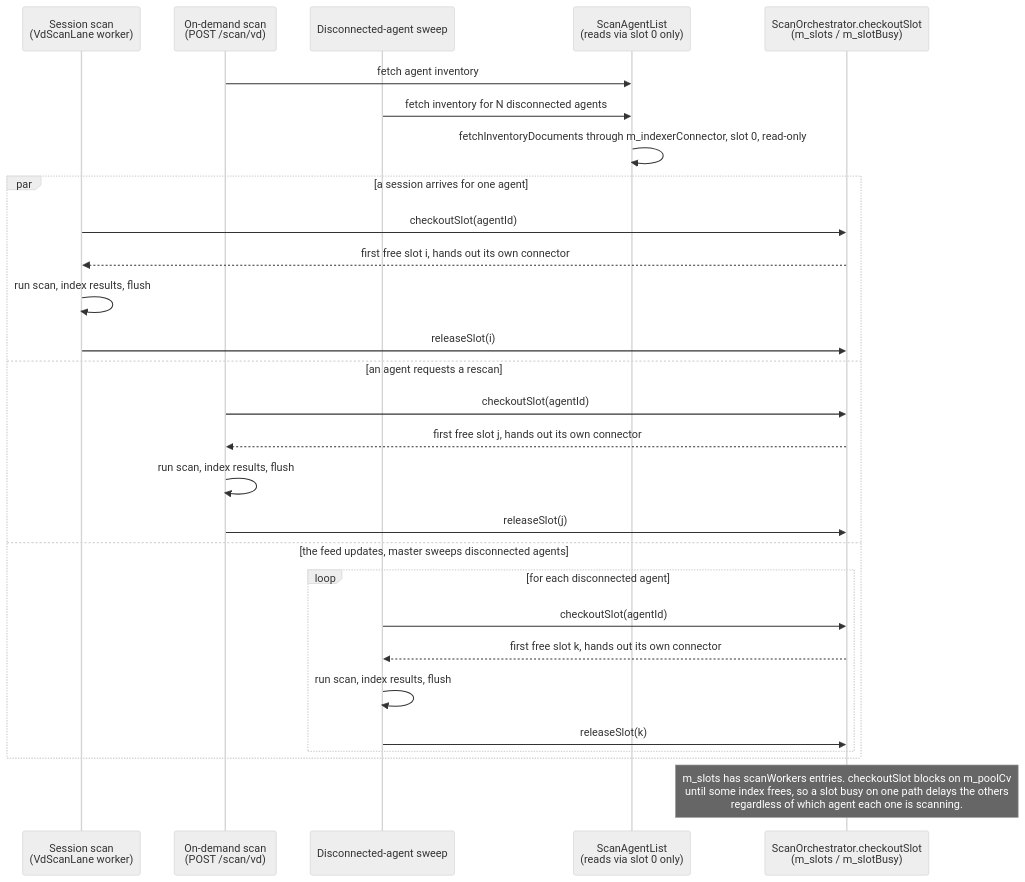
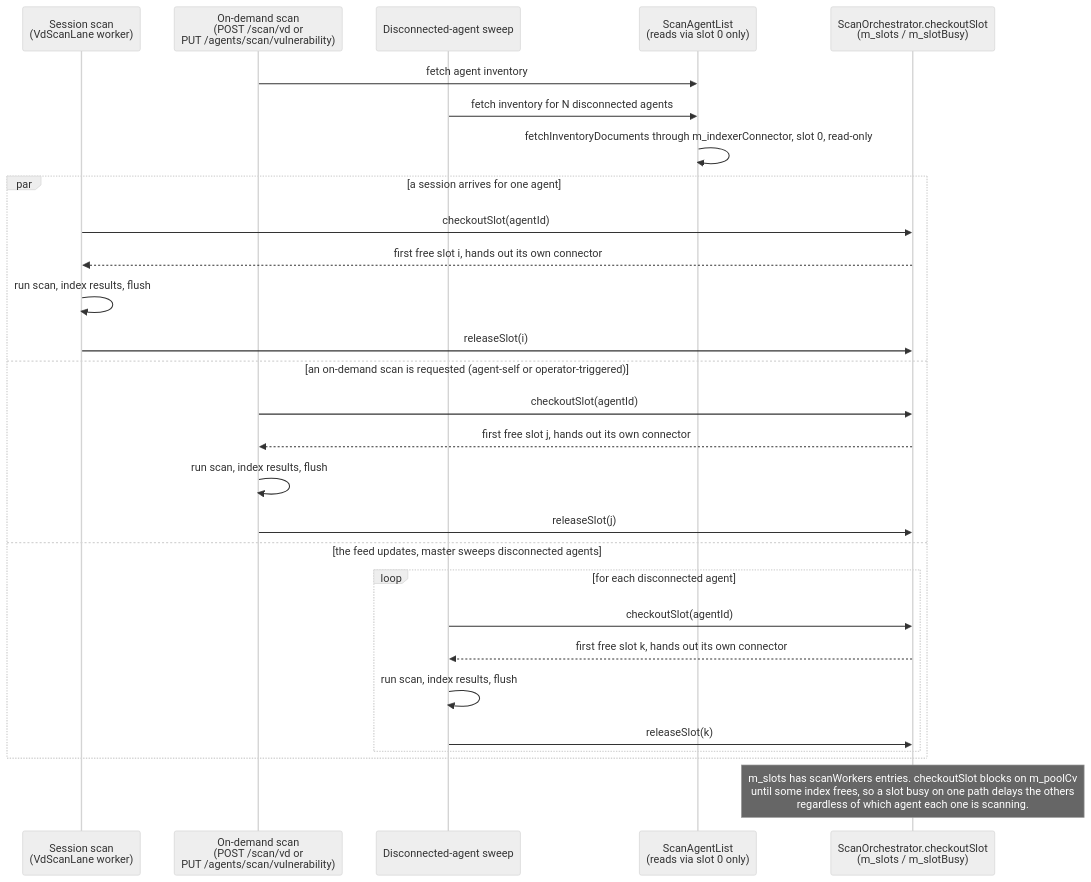
Before and after one commit to wazuh/wazuh: the second of 3 diagrams in docs/ref/modules/vulnerability-scanner/architecture.md, drawn with Mermaid (neutral theme). The commit also changed other lines of this file and 3 other files, not shown here.

First line of the commit message:
docs(vulnerability-scanner): document the operator-triggered on-demand scan endpoint

````diff
--- a/docs/ref/modules/vulnerability-scanner/architecture.md
+++ b/docs/ref/modules/vulnerability-scanner/architecture.md
@@ -191,33 +255,33 @@
 ```mermaid
 sequenceDiagram
     participant Session as Session scan<br/>(VdScanLane worker)
-    participant OnDemand as On-demand scan<br/>(POST /scan/vd)
+    participant OnDemand as On-demand scan<br/>(POST /scan/vd or<br/>PUT /agents/scan/vulnerability)
     participant Sweep as Disconnected-agent sweep
     participant SAL as ScanAgentList<br/>(reads via slot 0 only)
     participant SO as ScanOrchestrator.checkoutSlot<br/>(m_slots / m_slotBusy)
 
     OnDemand->>SAL: fetch agent inventory
     Sweep->>SAL: fetch inventory for N disconnected agents
     SAL->>SAL: fetchInventoryDocuments through m_indexerConnector, slot 0, read-only
 
     par a session arrives for one agent
         Session->>SO: checkoutSlot(agentId)
         SO-->>Session: first free slot i, hands out its own connector
         Session->>Session: run scan, index results, flush
         Session->>SO: releaseSlot(i)
-    and an agent requests a rescan
+    and an on-demand scan is requested (agent-self or operator-triggered)
         OnDemand->>SO: checkoutSlot(agentId)
         SO-->>OnDemand: first free slot j, hands out its own connector
         OnDemand->>OnDemand: run scan, index results, flush
         OnDemand->>SO: releaseSlot(j)
     and the feed updates, master sweeps disconnected agents
         loop for each disconnected agent
             Sweep->>SO: checkoutSlot(agentId)
             SO-->>Sweep: first free slot k, hands out its own connector
             Sweep->>Sweep: run scan, index results, flush
             Sweep->>SO: releaseSlot(k)
         end
     end
 
     Note over SO: m_slots has scanWorkers entries. checkoutSlot blocks on m_poolCv<br/>until some index frees, so a slot busy on one path delays the others<br/>regardless of which agent each one is scanning.
 ```
````
